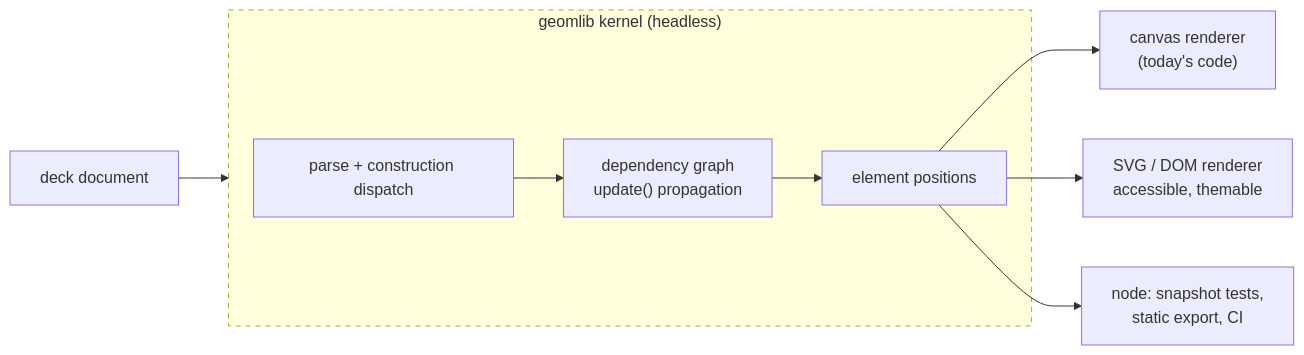
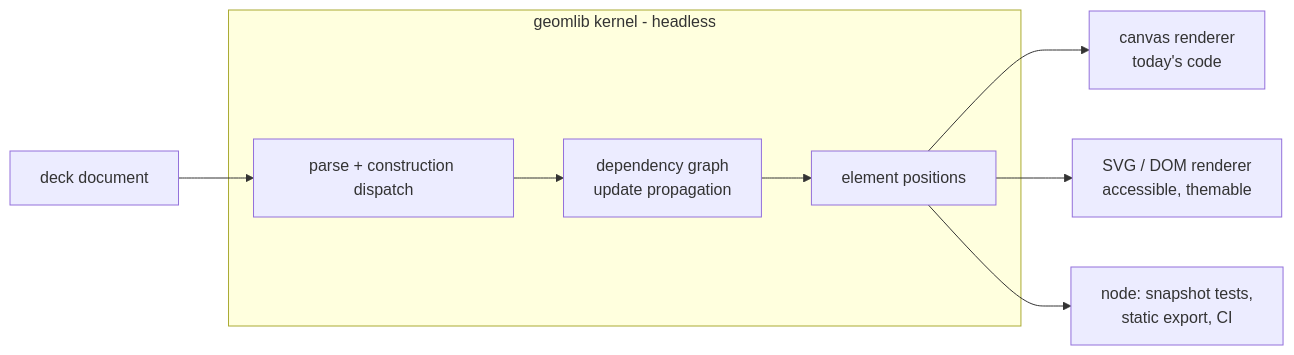
One commit to imkarrer/preservation-workbench changed the fourth of 5 diagrams in docs/architecture.md. Above: the diagram before and after it, drawn with Mermaid. The commit also changed other lines of this file, not shown here.

Commit message:
architecture.md: strip HTML entities, quoted labels, braces and the LR subgraph id so GitHub Mermaid renders

````diff
--- a/docs/architecture.md
+++ b/docs/architecture.md
@@ -81,11 +82,10 @@
 ```mermaid
 flowchart LR
-    DOC["deck document"] --> K
-    subgraph K["geomlib kernel (headless)"]
-        P["parse + construction dispatch"] --> G["dependency graph<br/>update() propagation"] --> POS["element positions"]
+    DOC[deck document] --> P
+    subgraph K[geomlib kernel - headless]
+        P[parse + construction dispatch] --> G[dependency graph<br/>update propagation] --> POS[element positions]
     end
-    POS --> C["canvas renderer<br/>(today's code)"]
-    POS --> S["SVG / DOM renderer<br/>accessible, themable"]
-    POS --> N["node: snapshot tests,<br/>static export, CI"]
-    style K stroke-dasharray: 5 5
+    POS --> C[canvas renderer<br/>today's code]
+    POS --> S[SVG / DOM renderer<br/>accessible, themable]
+    POS --> N[node: snapshot tests,<br/>static export, CI]
 ```
````
